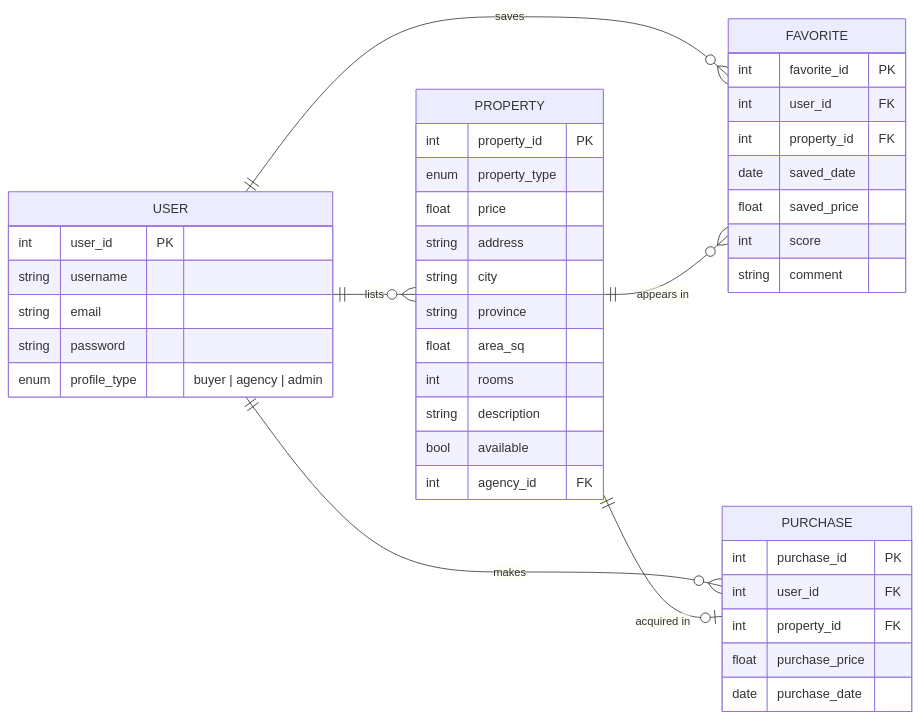
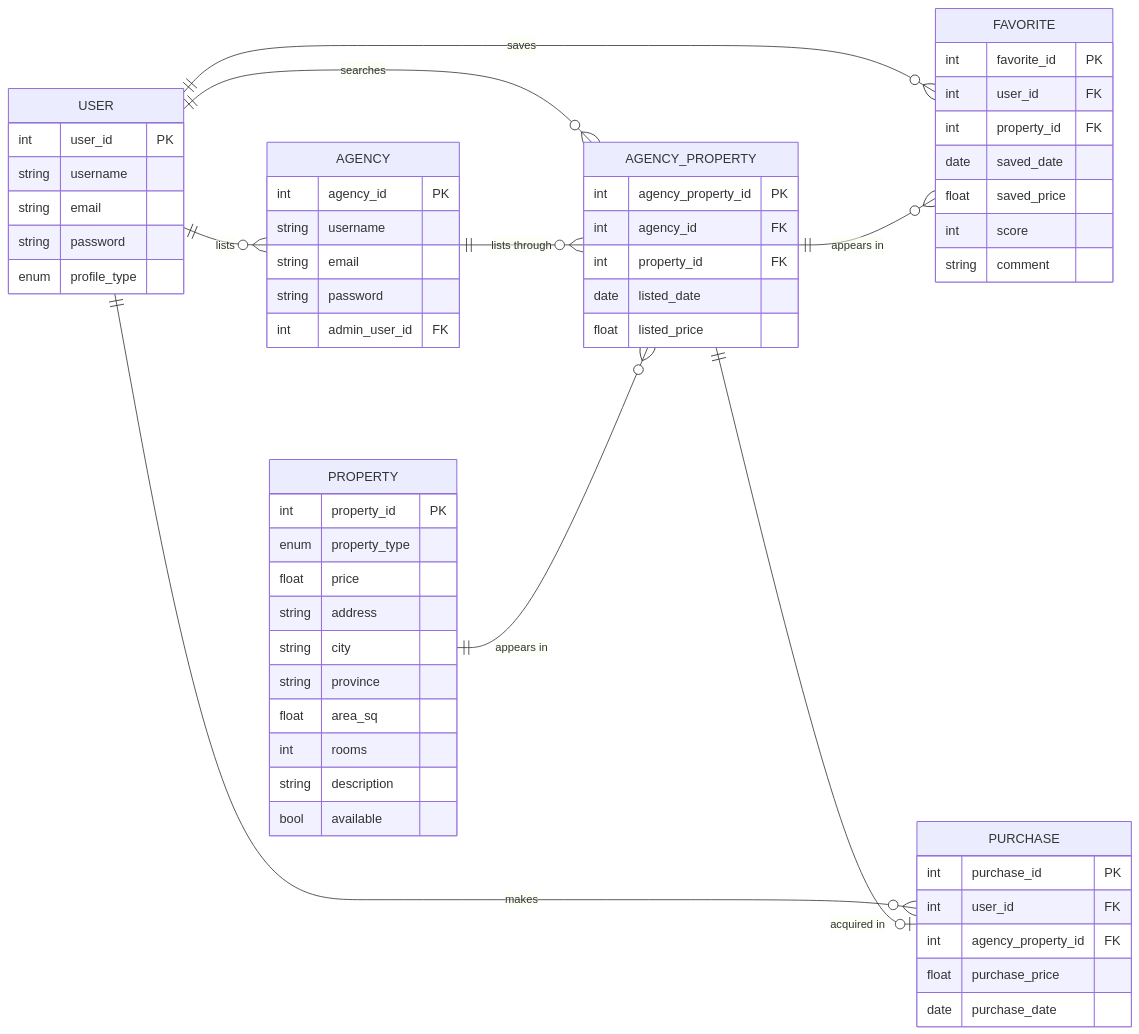
Before and after one commit to 2026c1-pdes-grupo4/.github: the diagram in profile/README.md, drawn with Mermaid.

Commit message:
chore: sync DER.mmd into README

````diff
--- a/profile/README.md
+++ b/profile/README.md
@@ -7,50 +7,68 @@
 ```mermaid
 erDiagram
 	direction LR
 	USER {
 		int user_id PK
 		string username
 		string email
 		string password
-		enum profile_type "buyer | agency | admin"
+		enum profile_type
+	}
+
+	AGENCY {
+		int agency_id PK
+		string username
+		string email
+        string password
+		int admin_user_id FK
 	}
 
 	PROPERTY {
 		int property_id PK
 		enum property_type
 		float price
 		string address
 		string city
 		string province
 		float area_sq
 		int rooms
 		string description
 		bool available
-		int agency_id FK
 	}
+
+	AGENCY_PROPERTY {
+        int agency_property_id PK
+        int agency_id FK
+        int property_id FK
+        date listed_date
+        float listed_price
+    }
 
 	FAVORITE {
 		int favorite_id PK
 		int user_id FK
 		int property_id FK
 		date saved_date
 		float saved_price
 		int score
 		string comment
 	}
 
 	PURCHASE {
 		int purchase_id PK
 		int user_id FK
-		int property_id FK
+		int agency_property_id FK
 		float purchase_price
 		date purchase_date
 	}
 
-	USER||--o{PROPERTY:"lists"
+	USER||--o{AGENCY:"lists"
+    USER||--o{AGENCY_PROPERTY:"searches"
 	USER||--o{FAVORITE:"saves"
 	USER||--o{PURCHASE:"makes"
-	PROPERTY||--o{FAVORITE:"appears in"
-	PROPERTY||--o|PURCHASE:"acquired in"
+    AGENCY||--o{AGENCY_PROPERTY:"lists through"
+    PROPERTY||--o{AGENCY_PROPERTY:"appears in"
+	AGENCY_PROPERTY||--o{FAVORITE:"appears in"
+	AGENCY_PROPERTY||--o|PURCHASE:"acquired in"
 
 ```
````
